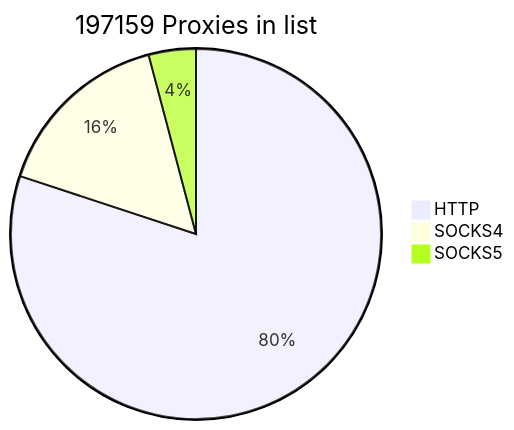
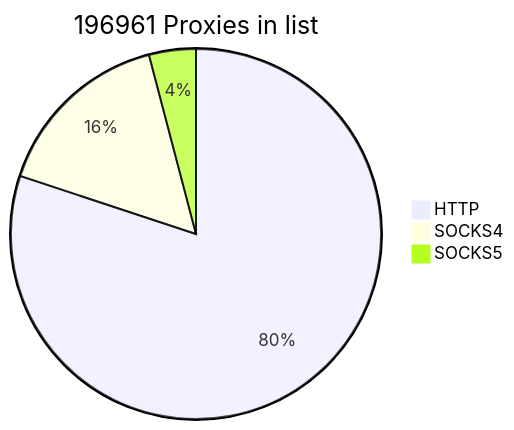
The first of 2 diagrams in README.md (cutipu/proxylist), drawn with Mermaid before and after one commit. The commit also changed other lines of this file, not shown here.

````diff
--- a/README.md
+++ b/README.md
@@ -2,7 +2,7 @@
 ```mermaid
-pie title 197159 Proxies in list
-    "HTTP" : 157849
-    "SOCKS4" : 31196
-    "SOCKS5" : 8114
+pie title 196961 Proxies in list
+    "HTTP" : 157727
+    "SOCKS4" : 31181
+    "SOCKS5" : 8053
             
 ```
````
